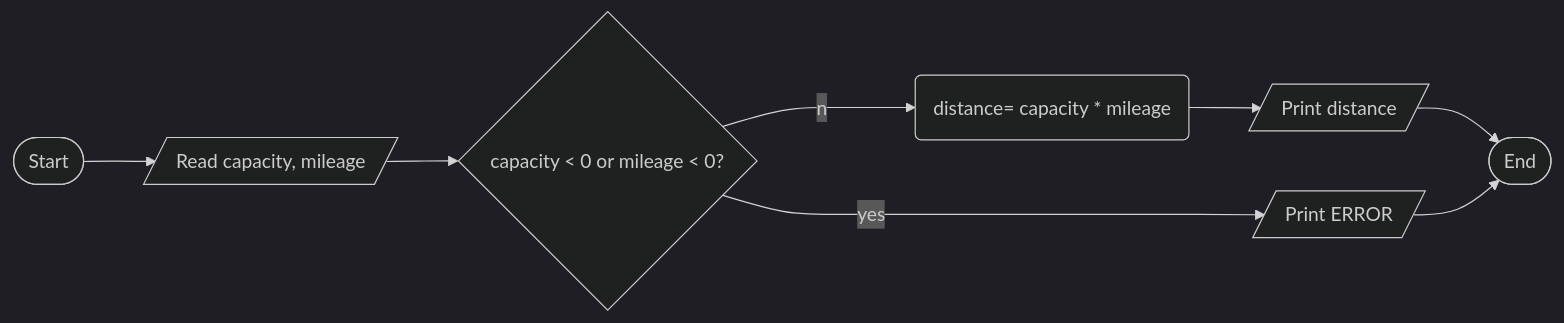
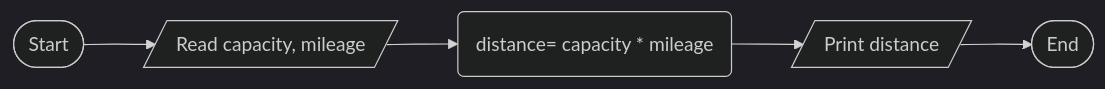
Before and after one commit to SWEG-2015EC-Batch/Byte-Bandits: the diagram in ETS1512_15_ZERUBBABEL_MESSELE/ch-2-PE/q2/ch-2 PE q2.md, drawn with Mermaid (dark theme).

Commit message:
Update ch-2 PE q2.md

````diff
--- a/ETS1512_15_ZERUBBABEL_MESSELE/ch-2-PE/q2/ch-2 PE q2.md
+++ b/ETS1512_15_ZERUBBABEL_MESSELE/ch-2-PE/q2/ch-2 PE q2.md
@@ -21,17 +21,12 @@
 ```mermaid
 graph LR;
 id1([Start]);
 id2[/Read capacity, mileage/];
-id4{capacity < 0 or mileage < 0?};
 id3(distance= capacity * mileage);
-id5[/Print distance/];
-id7[/Print ERROR/];
-id6([End]);
+id4[/Print distance/];
+id5([End]);
 id1-->id2;
-id2-->id4;
-id4--yes-->id7;
-id4--no-->id3;
-id3-->id5;
-id5-->id6;
-id7-->id6;
+id2-->id3;
+id3-->id4;
+id4-->id5;
 ```
````
